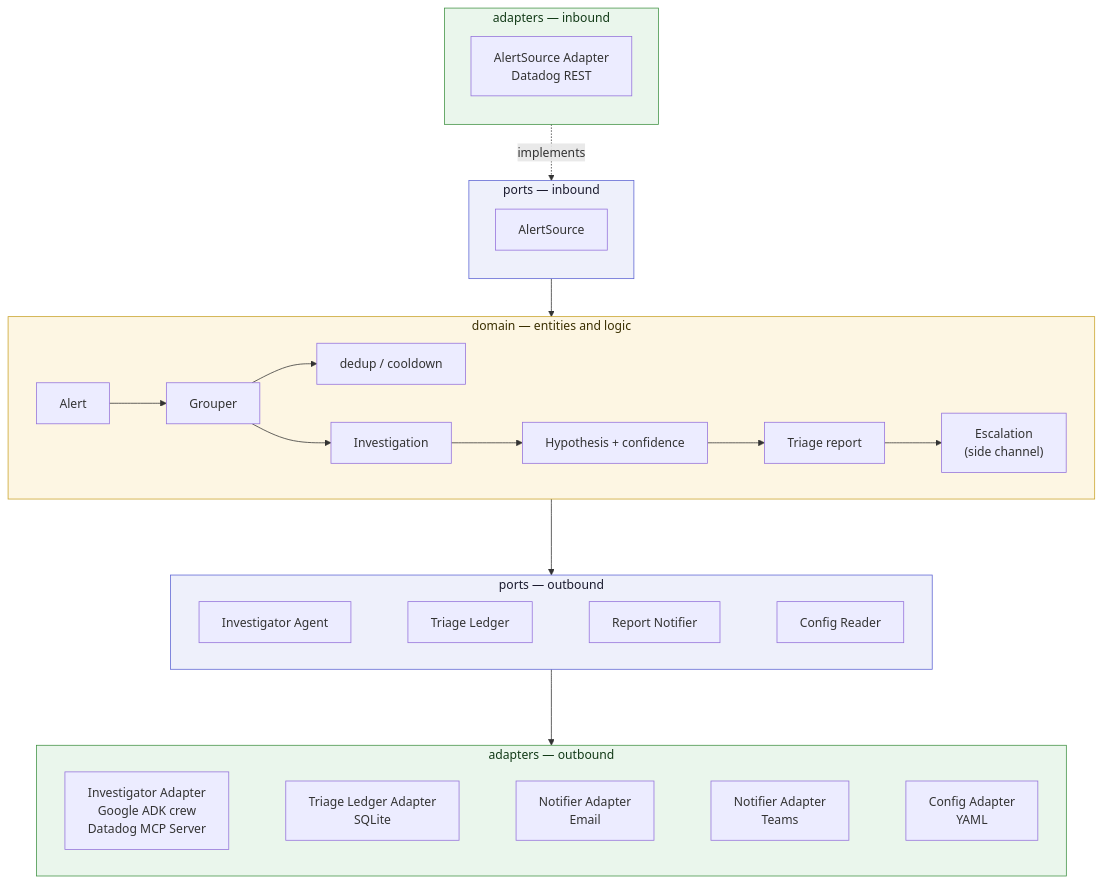
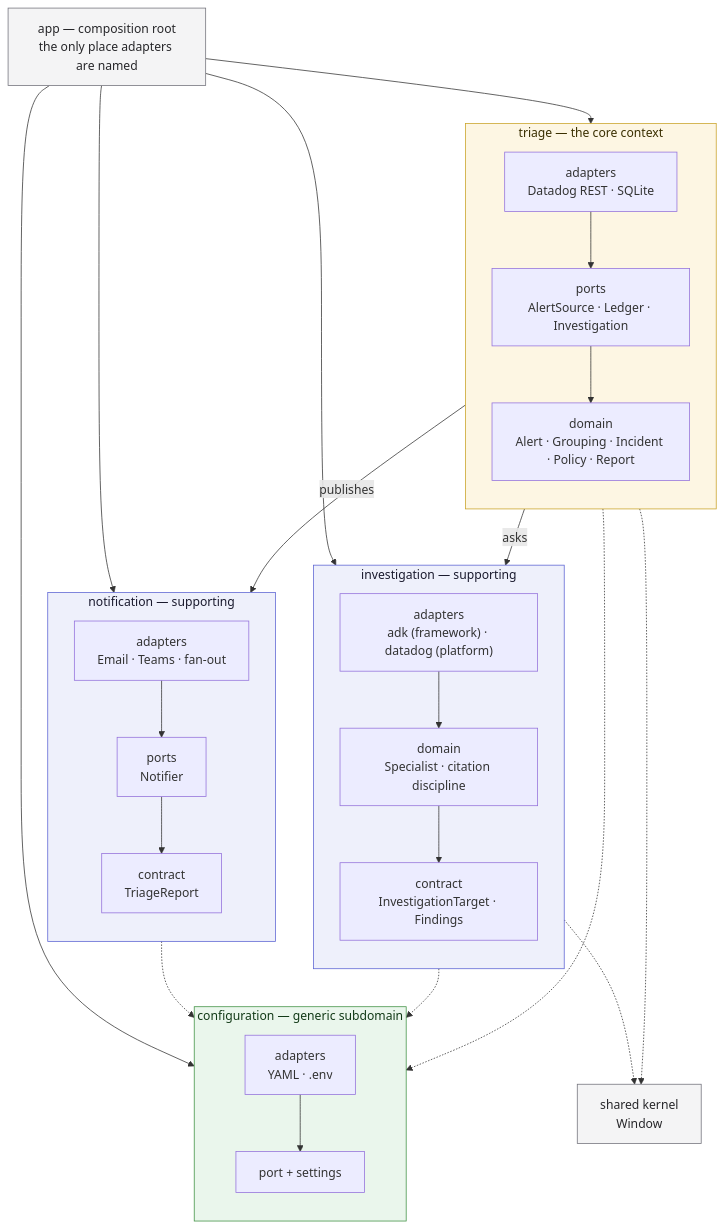
Before and after one commit to EduardoFLima/alert-triage: the diagram in README.md, drawn with Mermaid. The commit also changed other lines of this file and 3 other files, not shown here.

````diff
--- a/README.md
+++ b/README.md
@@ -161,43 +168,58 @@
 ```mermaid
 flowchart TB
-    subgraph InboundAdapters["adapters — inbound"]
+    subgraph Triage["triage — the core context"]
         direction TB
-        DatadogREST["AlertSource Adapter<br/>Datadog REST"]
-    end
-    subgraph InboundPorts["ports — inbound"]
-        direction TB
-        AlertSource["AlertSource"]
-    end
-    subgraph Domain["domain — entities and logic"]
-        direction LR
-        Alert["Alert"] --> Grouper["Grouper"]
-        Grouper --> Ledger["dedup / cooldown"]
-        Grouper --> Investigation["Investigation"]
-        Investigation --> Diagnosis["Hypothesis + confidence"]
-        Diagnosis --> Report["Triage report"]
-        Report --> Escalation["Escalation<br/>(side channel)"]
+        TriageAdapters["adapters<br/>Datadog REST · SQLite"]
+        TriagePorts["ports<br/>AlertSource · Ledger · Investigation"]
+        TriageDomain["domain<br/>Alert · Grouping · Incident · Policy · Report"]
+        TriageAdapters --> TriagePorts --> TriageDomain
     end
 
-    subgraph OutboundPorts["ports — outbound"]
-        direction LR
-        Investigator["Investigator Agent"] ~~~ TriageLedger["Triage Ledger"] ~~~ Notifier["Report Notifier"] ~~~ Config["Config Reader"]
+    subgraph Investigation["investigation — supporting"]
+        direction TB
+        InvContract["contract<br/>InvestigationTarget · Findings"]
+        InvDomain["domain<br/>Specialist · citation discipline"]
+        InvAdapters["adapters<br/>adk (framework) · datadog (platform)"]
+        InvAdapters --> InvDomain --> InvContract
     end
 
-    subgraph OutboundAdapters["adapters — outbound"]
-        direction LR
-        ADK["Investigator Adapter<br/>Google ADK crew<br/>Datadog MCP Server"] ~~~ TriageLedgerAdapter["Triage Ledger Adapter<br/>SQLite"] ~~~ NotifierEmailAdapter["Notifier Adapter<br/>Email"] ~~~ NotifierTeamsAdapter["Notifier Adapter<br/>Teams"] ~~~ ConfigAdapter["Config Adapter<br/>YAML"]
+    subgraph Notification["notification — supporting"]
+        direction TB
+        NotContract["contract<br/>TriageReport"]
+        NotPorts["ports<br/>Notifier"]
+        NotAdapters["adapters<br/>Email · Teams · fan-out"]
+        NotAdapters --> NotPorts --> NotContract
     end
 
-    DatadogREST -. implements .-> AlertSource
-    AlertSource --> Domain
-    Domain ---> OutboundPorts
-    OutboundPorts ---> OutboundAdapters
+    subgraph Configuration["configuration — generic subdomain"]
+        direction TB
+        ConfPort["port + settings"]
+        ConfAdapters["adapters<br/>YAML · .env"]
+        ConfAdapters --> ConfPort
+    end
 
-    classDef domainClass fill:#fdf6e3,stroke:#c9a227,color:#3a2f00
-    classDef portsClass fill:#eef0fb,stroke:#5b63d3,color:#1a1a2e
-    classDef adaptersClass fill:#eaf6ec,stroke:#3f9142,color:#123a17
+    Shared["shared kernel<br/>Window"]
+    App["app — composition root<br/>the only place adapters are named"]
 
-    class Domain domainClass
-    class InboundPorts,OutboundPorts portsClass
-    class InboundAdapters,OutboundAdapters adaptersClass
+    TriageDomain -- asks --> InvContract
+    TriageDomain -- publishes --> NotContract
+    Triage -.-> Shared
+    Investigation -.-> Shared
+    Triage -.-> Configuration
+    Investigation -.-> Configuration
+    Notification -.-> Configuration
+    App --> Triage
+    App --> Investigation
+    App --> Notification
+    App --> Configuration
+
+    classDef coreClass fill:#fdf6e3,stroke:#c9a227,color:#3a2f00
+    classDef supportingClass fill:#eef0fb,stroke:#5b63d3,color:#1a1a2e
+    classDef genericClass fill:#eaf6ec,stroke:#3f9142,color:#123a17
+    classDef plainClass fill:#f4f4f5,stroke:#71717a,color:#27272a
+
+    class Triage coreClass
+    class Investigation,Notification supportingClass
+    class Configuration genericClass
+    class Shared,App plainClass
 ```
````
